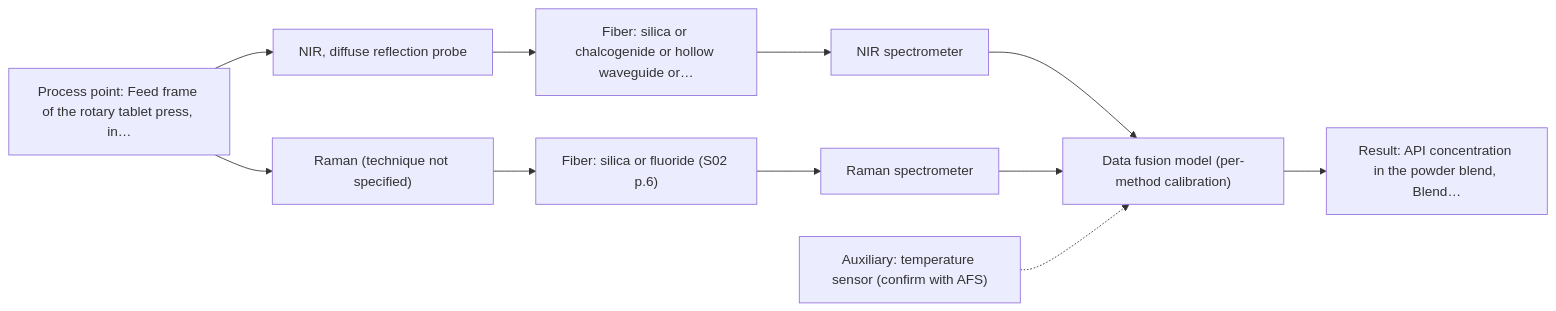
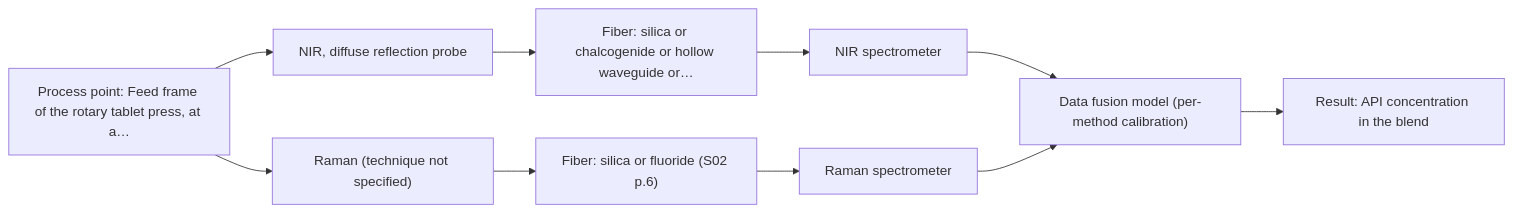
Before and after one commit to sleipnir029/Afs-Spectroscopy-Assistant: the second of 2 diagrams in outputs/dev/D01.md, drawn with Mermaid. The commit also changed other lines of this file and 18 other files, not shown here.

````diff
--- a/outputs/dev/D01.md
+++ b/outputs/dev/D01.md
@@ -75,23 +53,21 @@
 ```mermaid
 flowchart LR
-    proc["Process point: Feed frame of the rotary tablet press, in…"]
+    proc["Process point: Feed frame of the rotary tablet press, at a…"]
     probe1["NIR, diffuse reflection probe"]
     fiber1["Fiber: silica or chalcogenide or hollow waveguide or…"]
     spec1["NIR spectrometer"]
     probe2["Raman (technique not specified)"]
     fiber2["Fiber: silica or fluoride (S02 p.6)"]
     spec2["Raman spectrometer"]
     model["Data fusion model (per-method calibration)"]
-    result["Result: API concentration in the powder blend, Blend…"]
-    aux1["Auxiliary: temperature sensor (confirm with AFS)"]
+    result["Result: API concentration in the blend"]
     proc --> probe1
     probe1 --> fiber1
     fiber1 --> spec1
     spec1 --> model
     proc --> probe2
     probe2 --> fiber2
     fiber2 --> spec2
     spec2 --> model
     model --> result
-    aux1 -.-> model
 ```
````
